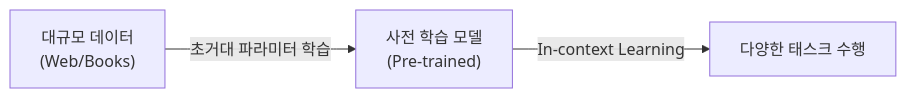
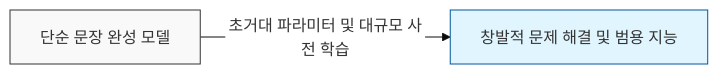
The first of 2 diagrams in docs/infrastructure/models/llm.md (jeonck/ai-eng), drawn with Mermaid before and after one commit. The commit also changed other lines of this file and 15 other files, not shown here.

````diff
--- a/docs/infrastructure/models/llm.md
+++ b/docs/infrastructure/models/llm.md
@@ -10,5 +10,7 @@
 ```mermaid
-graph LR
-    A1["대규모 데이터<br/>(Web/Books)"] -- "초거대 파라미터 학습" --> B1["사전 학습 모델<br/>(Pre-trained)"]
-    B1 -- "In-context Learning" --> C1["다양한 태스크 수행"]
+%%{init: { 'theme': 'base', 'themeVariables': { 'edgeLabelBackground': '#fff' }}}%%
+flowchart LR
+    A1["단순 문장 완성 모델"] -- "초거대 파라미터 및 대규모 사전 학습" --> B1["창발적 문제 해결 및 범용 지능"]
+    style A1 fill:#f9f9f9,stroke:#333,stroke-width:1px
+    style B1 fill:#e1f5fe,stroke:#01579b,stroke-width:1px
 ```
````
